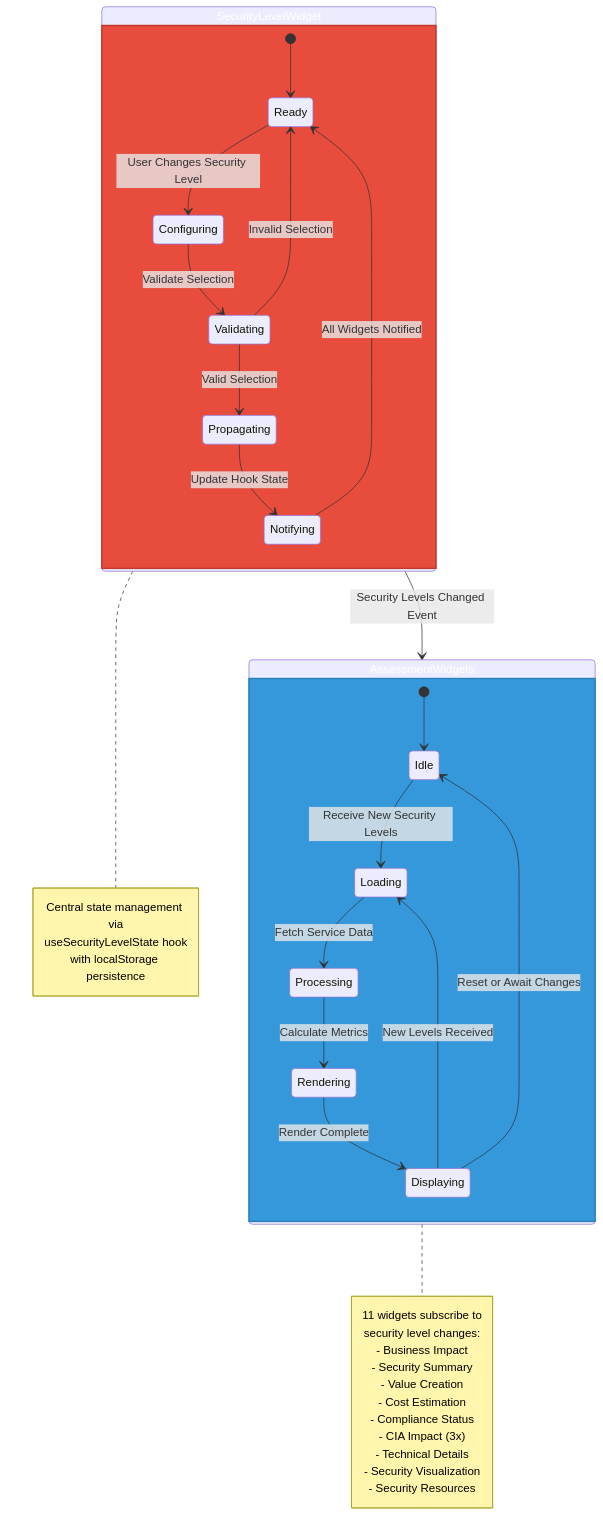
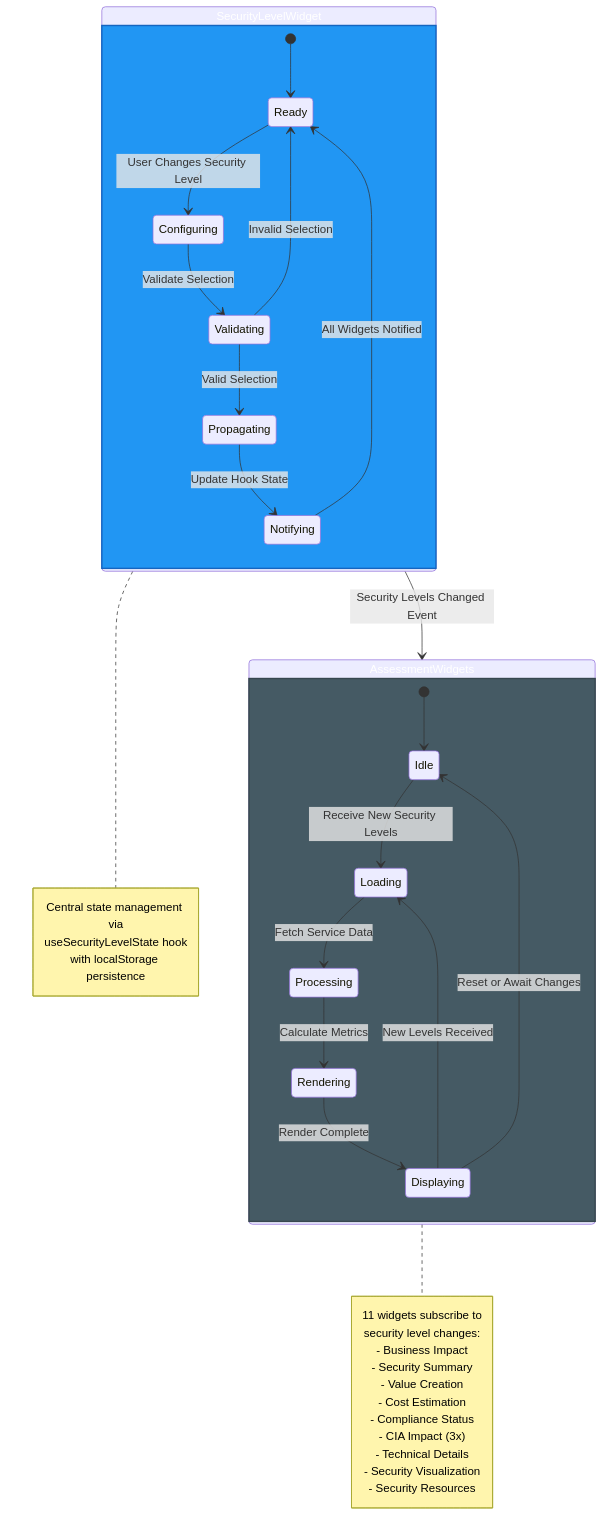
Before and after one commit to step-security-bot/cia-compliance-manager: the ninth of 11 diagrams in docs/architecture/STATEDIAGRAM.md, drawn with Mermaid. The commit also changed other lines of this file and 27 other files, not shown here.

First line of the commit message:
fix: resolve broken mermaid diagrams and improve color coding to match ISMS style guide (#1106)

````diff
--- a/docs/architecture/STATEDIAGRAM.md
+++ b/docs/architecture/STATEDIAGRAM.md
@@ -853,50 +853,50 @@
 ```mermaid
 stateDiagram-v2
     state SecurityLevelWidget {
         [*] --> Ready
         Ready --> Configuring: User Changes Security Level
         Configuring --> Validating: Validate Selection
         Validating --> Propagating: Valid Selection
         Validating --> Ready: Invalid Selection
         Propagating --> Notifying: Update Hook State
         Notifying --> Ready: All Widgets Notified
     }
     
     state AssessmentWidgets {
         [*] --> Idle
         Idle --> Loading: Receive New Security Levels
         Loading --> Processing: Fetch Service Data
         Processing --> Rendering: Calculate Metrics
         Rendering --> Displaying: Render Complete
         Displaying --> Idle: Reset or Await Changes
         Displaying --> Loading: New Levels Received
     }
     
     SecurityLevelWidget --> AssessmentWidgets: Security Levels Changed Event
     
     note right of SecurityLevelWidget
         Central state management via
         useSecurityLevelState hook
         with localStorage persistence
     end note
     
     note right of AssessmentWidgets
         11 widgets subscribe to
         security level changes:
         - Business Impact
         - Security Summary
         - Value Creation
         - Cost Estimation
         - Compliance Status
         - CIA Impact (3x)
         - Technical Details
         - Security Visualization
         - Security Resources
     end note
     
-    classDef slw fill:#e74c3c,stroke:#c0392b,stroke-width:2px,color:white
-    classDef aw fill:#3498db,stroke:#2980b9,stroke-width:2px,color:white
+    classDef slw fill:#2196F3,stroke:#1565C0,stroke-width:2px,color:#ffffff
+    classDef aw fill:#455A64,stroke:#37474F,stroke-width:2px,color:#ffffff
     
     class SecurityLevelWidget slw
     class AssessmentWidgets aw
 ```
````
